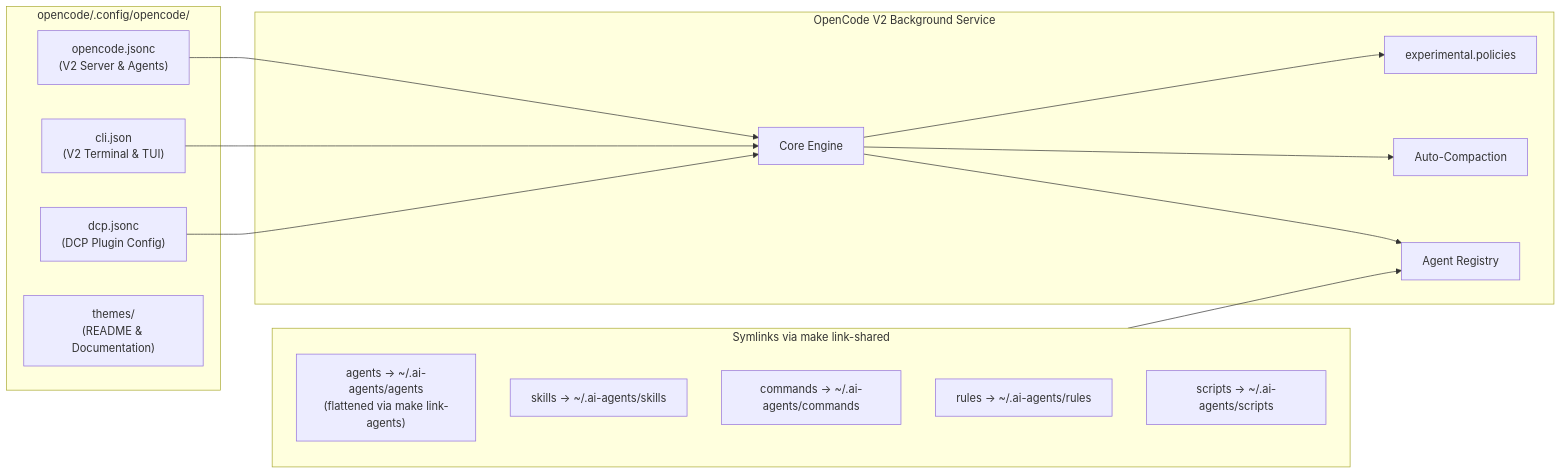
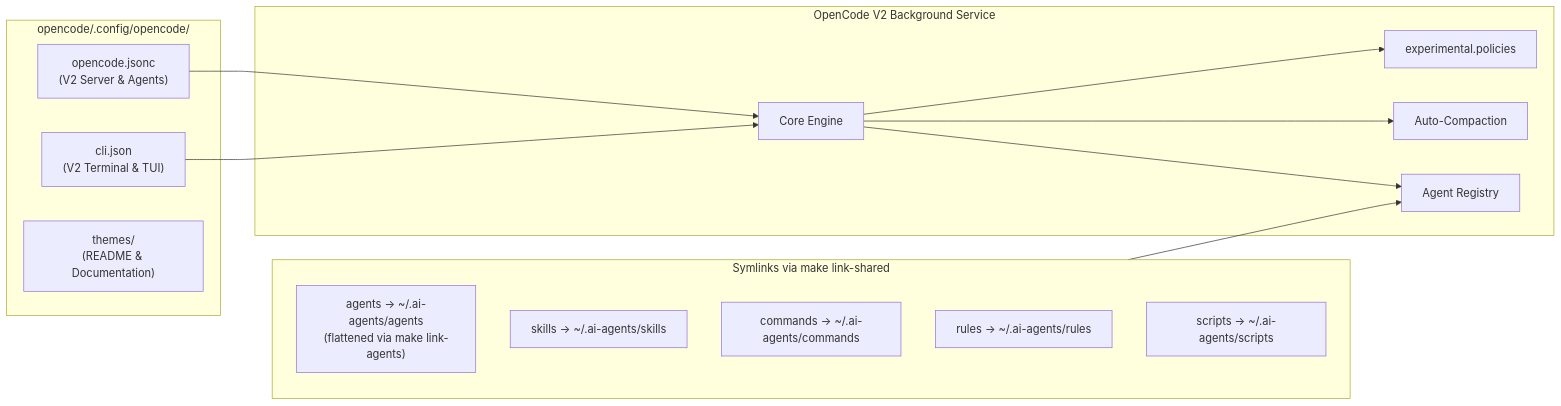
The third of 6 diagrams in docs/ARCHITECTURE.md (jjmartres/ai-coding-agents), drawn with Mermaid before and after one commit. The commit also changed other lines of this file and 4 other files, not shown here.

Commit message:
docs: remove references to dcp plugin and configuration

````diff
--- a/docs/ARCHITECTURE.md
+++ b/docs/ARCHITECTURE.md
@@ -130,32 +130,30 @@
 ```mermaid
 flowchart LR
     subgraph config["opencode/.config/opencode/"]
         oc_json["opencode.jsonc\n(V2 Server & Agents)"]
         cli_json["cli.json\n(V2 Terminal & TUI)"]
-        dcp_json["dcp.jsonc\n(DCP Plugin Config)"]
         themes_dir["themes/\n(README & Documentation)"]
     end
 
     subgraph shared_links["Symlinks via make link-shared"]
         agents_link["agents → ~/.ai-agents/agents\n(flattened via make link-agents)"]
         skills_link["skills → ~/.ai-agents/skills"]
         commands_link["commands → ~/.ai-agents/commands"]
         rules_link["rules → ~/.ai-agents/rules"]
         scripts_link["scripts → ~/.ai-agents/scripts"]
     end
 
     subgraph service["OpenCode V2 Background Service"]
         core["Core Engine"]
         policies["experimental.policies"]
         compaction["Auto-Compaction"]
         agents_reg["Agent Registry"]
     end
 
     oc_json --> core
     cli_json --> core
-    dcp_json --> core
     shared_links --> agents_reg
     core --> policies
     core --> compaction
     core --> agents_reg
 ```
````
